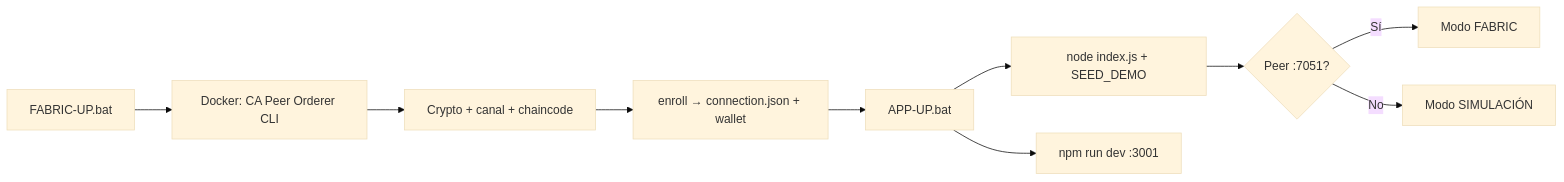
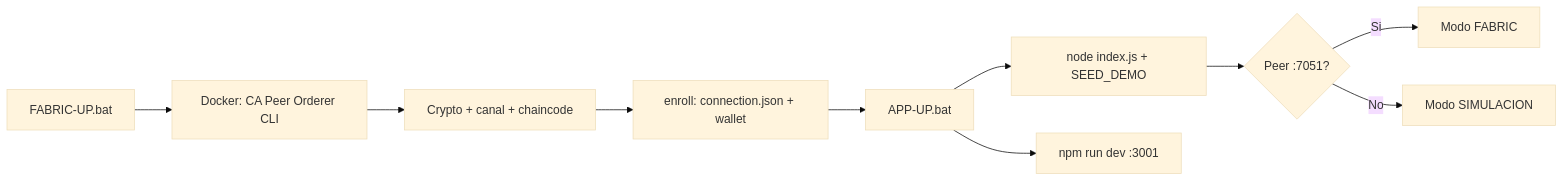
One commit to Mianjoy/Blockchain-Musical- changed the fifth of 5 diagrams in README.md. Above: the diagram before and after it, drawn with Mermaid (base theme). The commit also changed other lines of this file and 20 other files, not shown here.

````diff
--- a/README.md
+++ b/README.md
@@ -162,12 +168,12 @@
 ```mermaid
 flowchart LR
-  A[FABRIC-UP.bat] --> D[Docker: CA Peer Orderer CLI]
-  D --> C[Crypto + canal + chaincode]
-  C --> E[enroll → connection.json + wallet]
-  E --> B[APP-UP.bat]
-  B --> API[node index.js + SEED_DEMO]
-  B --> UI[npm run dev :3001]
-  API --> H{Peer :7051?}
-  H -->|Sí| F[Modo FABRIC]
-  H -->|No| S[Modo SIMULACIÓN]
+  A["FABRIC-UP.bat"] --> D["Docker: CA Peer Orderer CLI"]
+  D --> C["Crypto + canal + chaincode"]
+  C --> E["enroll: connection.json + wallet"]
+  E --> B["APP-UP.bat"]
+  B --> API["node index.js + SEED_DEMO"]
+  B --> UI["npm run dev :3001"]
+  API --> H{"Peer :7051?"}
+  H -->|Si| F["Modo FABRIC"]
+  H -->|No| S["Modo SIMULACION"]
 ```
````
